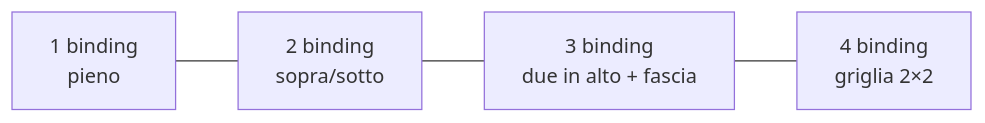
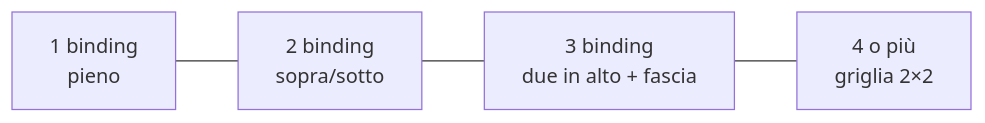
Before and after one commit to Alexkill536ITA/ForgeModpack: the third of 3 diagrams in docs/it/tecnica/08-keybinds.md, drawn with Mermaid. The commit also changed other lines of this file and 47 other files, not shown here.

````diff
--- a/docs/it/tecnica/08-keybinds.md
+++ b/docs/it/tecnica/08-keybinds.md
@@ -80,4 +154,4 @@
 ```mermaid
 graph LR
-    B1["1 binding<br/>pieno"] --- B2["2 binding<br/>sopra/sotto"] --- B3["3 binding<br/>due in alto + fascia"] --- B4["4 binding<br/>griglia 2×2"]
+    B1["1 binding<br/>pieno"] --- B2["2 binding<br/>sopra/sotto"] --- B3["3 binding<br/>due in alto + fascia"] --- B4["4 o più<br/>griglia 2×2"]
 ```
````
